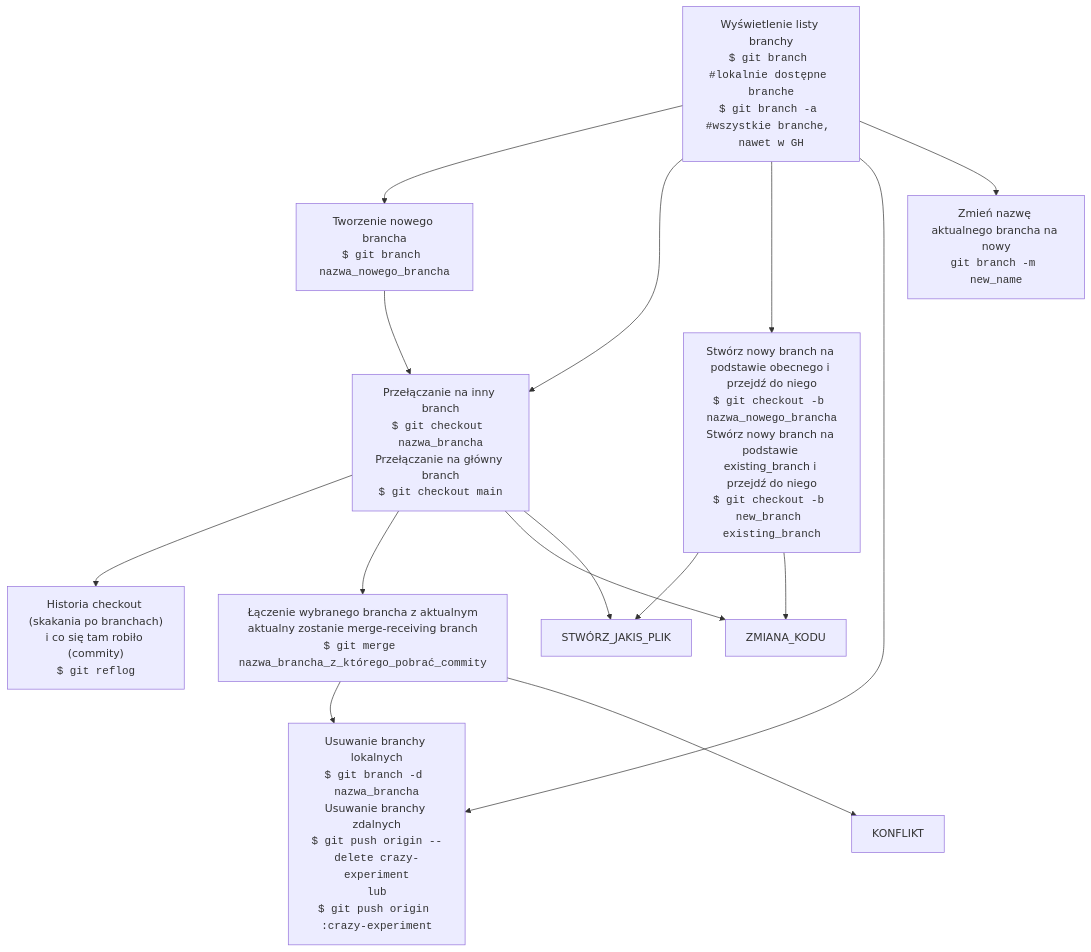
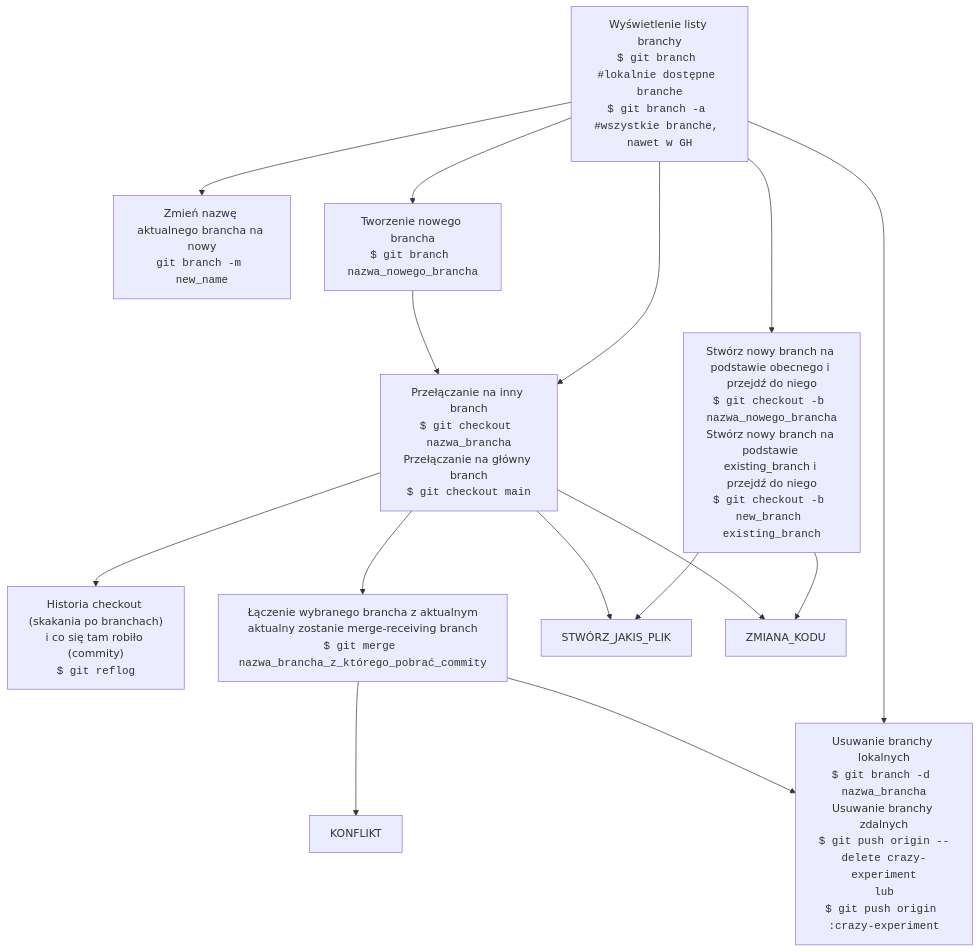
One commit to dankuc237/notatki changed the third of 3 diagrams in git-graph.md. Above: the diagram before and after it, drawn with Mermaid. The commit also changed other lines of this file, not shown here.

Commit message:
uzupełnienie git-graph.md

````diff
--- a/git-graph.md
+++ b/git-graph.md
@@ -63,26 +64,26 @@
 ```mermaid
 graph TB
         LIST_ALL_BRANCHES["Wyświetlenie listy branchy<br><code>$ git branch #lokalnie dostępne branche<br>$ git branch -a #wszystkie branche, nawet w GH</code>"]
         DELETE_BRANCH["Usuwanie branchy lokalnych<br><code>$ git branch -d nazwa_brancha</code><br>Usuwanie branchy zdalnych<br><code>$ git push origin --delete crazy-experiment<br>lub<br>$ git push origin :crazy-experiment</code>"]
         RENAME_BRANCH["Zmień nazwę aktualnego brancha na nowy<br><code>git branch -m new_name</code>"]
         CREATE_NEW_BRANCH["Tworzenie nowego brancha<br><code>$ git branch nazwa_nowego_brancha</code>"]
         CREATE_BRANCH_AND_SWITCH["Stwórz nowy branch na podstawie obecnego i przejdź do niego<br><code>$ git checkout -b nazwa_nowego_brancha</code><br>Stwórz nowy branch na podstawie existing_branch i przejdź do niego<br><code>$ git checkout -b new_branch existing_branch</code>"]
         SWITCH_BRANCH["Przełączanie na inny branch<br><code>$ git checkout nazwa_brancha</code><br>Przełączanie na główny branch<br><code>$ git checkout main</code>"]
         PRINT_CHECKOUT_OPERATION_HISTORY["Historia checkout (skakania po branchach)<br>i co się tam robiło (commity)<br><code>$ git reflog</code>"]
         MERGE_BRANCHES["Łączenie wybranego brancha z aktualnym<br>aktualny zostanie merge-receiving branch<br><code>$ git merge nazwa_brancha_z_którego_pobrać_commity</code>"]
         
         LIST_ALL_BRANCHES --> CREATE_NEW_BRANCH
         LIST_ALL_BRANCHES --> SWITCH_BRANCH
+        LIST_ALL_BRANCHES --> RENAME_BRANCH
+        LIST_ALL_BRANCHES --> DELETE_BRANCH
         LIST_ALL_BRANCHES --> CREATE_BRANCH_AND_SWITCH
-        LIST_ALL_BRANCHES --> DELETE_BRANCH
-        LIST_ALL_BRANCHES --> RENAME_BRANCH
         CREATE_NEW_BRANCH --> SWITCH_BRANCH
+        SWITCH_BRANCH --> MERGE_BRANCHES
         SWITCH_BRANCH --> PRINT_CHECKOUT_OPERATION_HISTORY
-        SWITCH_BRANCH --> MERGE_BRANCHES
+        MERGE_BRANCHES --> KONFLIKT
         MERGE_BRANCHES --> DELETE_BRANCH
-        MERGE_BRANCHES --> KONFLIKT
         CREATE_BRANCH_AND_SWITCH --> STWÓRZ_JAKIS_PLIK
         CREATE_BRANCH_AND_SWITCH --> ZMIANA_KODU
         SWITCH_BRANCH --> ZMIANA_KODU
         SWITCH_BRANCH --> STWÓRZ_JAKIS_PLIK
 ```
````
